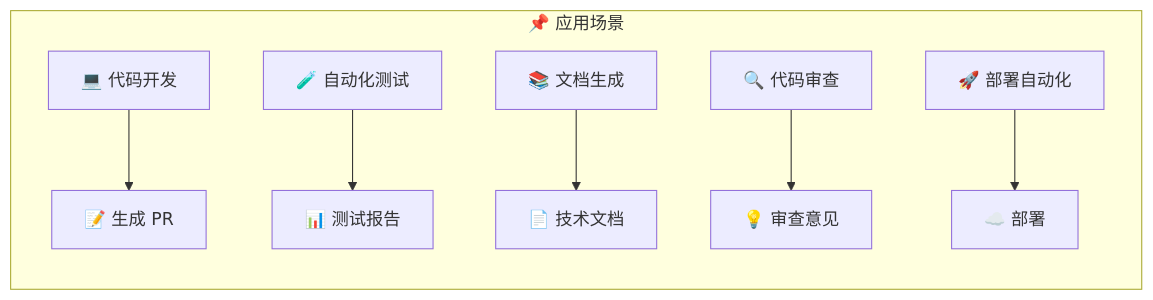
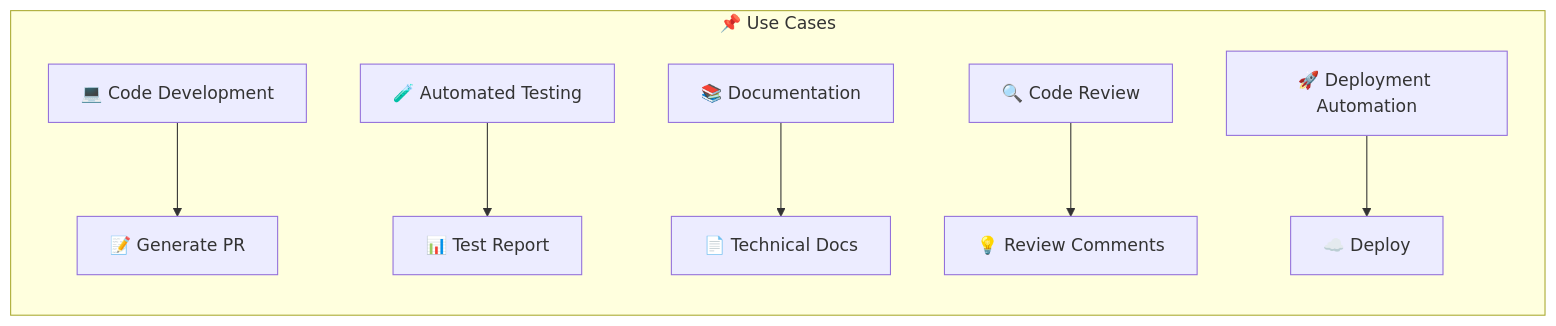
Before and after one commit to none-ai/AgentCrew: the first of 4 diagrams in README.md, drawn with Mermaid. The commit also changed other lines of this file and 2 other files, not shown here.

````diff
--- a/README.md
+++ b/README.md
@@ -60,10 +60,10 @@
 ```mermaid
 graph LR
-    subgraph UseCases["📌 应用场景"]
-        UC1[💻 代码开发] --> PR[📝 生成 PR]
-        UC2[🧪 自动化测试] --> TR[📊 测试报告]
-        UC3[📚 文档生成] --> DOC[📄 技术文档]
-        UC4[🔍 代码审查] --> REV[💡 审查意见]
-        UC5[🚀 部署自动化] --> DEPLOY[☁️ 部署]
+    subgraph UseCases["📌 Use Cases"]
+        UC1[💻 Code Development] --> PR[📝 Generate PR]
+        UC2[🧪 Automated Testing] --> TR[📊 Test Report]
+        UC3[📚 Documentation] --> DOC[📄 Technical Docs]
+        UC4[🔍 Code Review] --> REV[💡 Review Comments]
+        UC5[🚀 Deployment Automation] --> DEPLOY[☁️ Deploy]
     end
 ```
````
